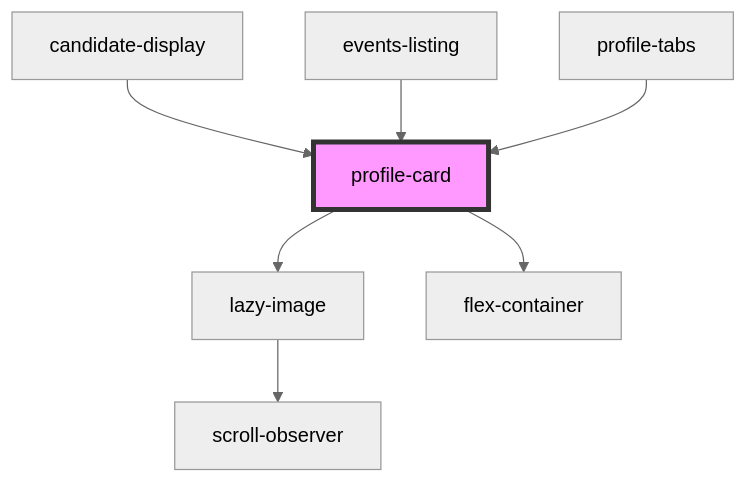
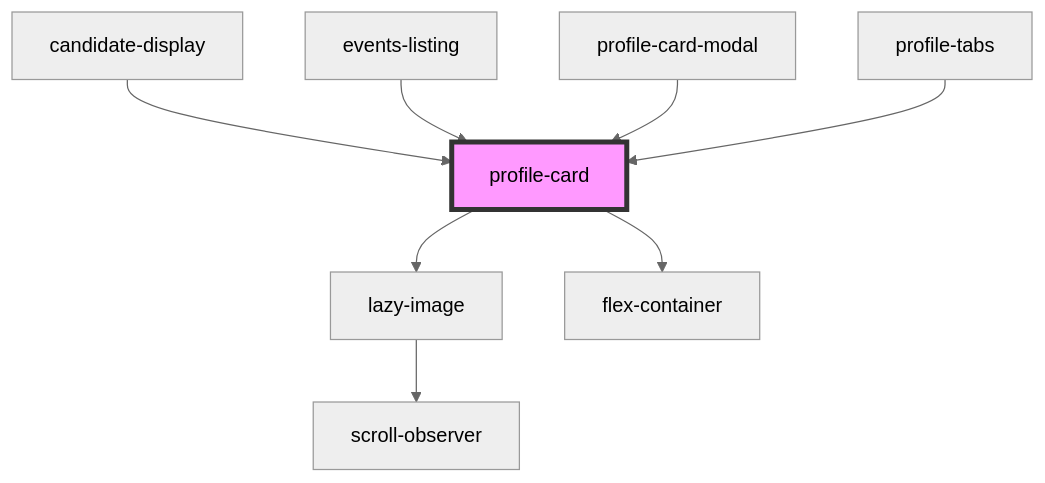
One commit to dev-kylo/component_library changed the diagram in src/components/cards/profile-card/readme.md. Above: the diagram before and after it, drawn with Mermaid (neutral theme). The commit also changed other lines of this file and 8 other files, not shown here.

````diff
--- a/src/components/cards/profile-card/readme.md
+++ b/src/components/cards/profile-card/readme.md
@@ -56,10 +59,11 @@
 ```mermaid
 graph TD;
   profile-card --> lazy-image
   profile-card --> flex-container
   lazy-image --> scroll-observer
   candidate-display --> profile-card
   events-listing --> profile-card
+  profile-card-modal --> profile-card
   profile-tabs --> profile-card
   style profile-card fill:#f9f,stroke:#333,stroke-width:4px
 ```
````
